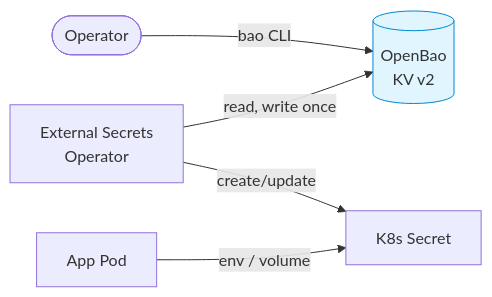
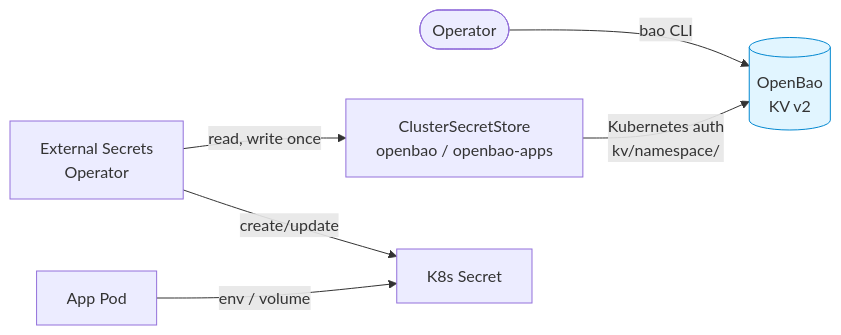
One commit to JanWelker/homelab changed the diagram in docs/platform/openbao.md. Above: the diagram before and after it, drawn with Mermaid. The commit also changed other lines of this file and 46 other files, not shown here.

````diff
--- a/docs/platform/openbao.md
+++ b/docs/platform/openbao.md
@@ -12,9 +12,10 @@
 ```mermaid
 flowchart LR
     Operator([Operator]) -->|bao CLI| Bao[(OpenBao<br/>KV v2)]
-    ESO[External Secrets<br/>Operator] -->|read, write once| Bao
+    ESO[External Secrets<br/>Operator] -->|read, write once| Store[ClusterSecretStore<br/>openbao / openbao-apps]
+    Store -->|Kubernetes auth<br/>kv/namespace/| Bao
     ESO -->|create/update| KSecret[K8s Secret]
     App[App Pod] -->|env / volume| KSecret
 
     style Bao fill:#e1f5ff,stroke:#0288d1
 ```
````
